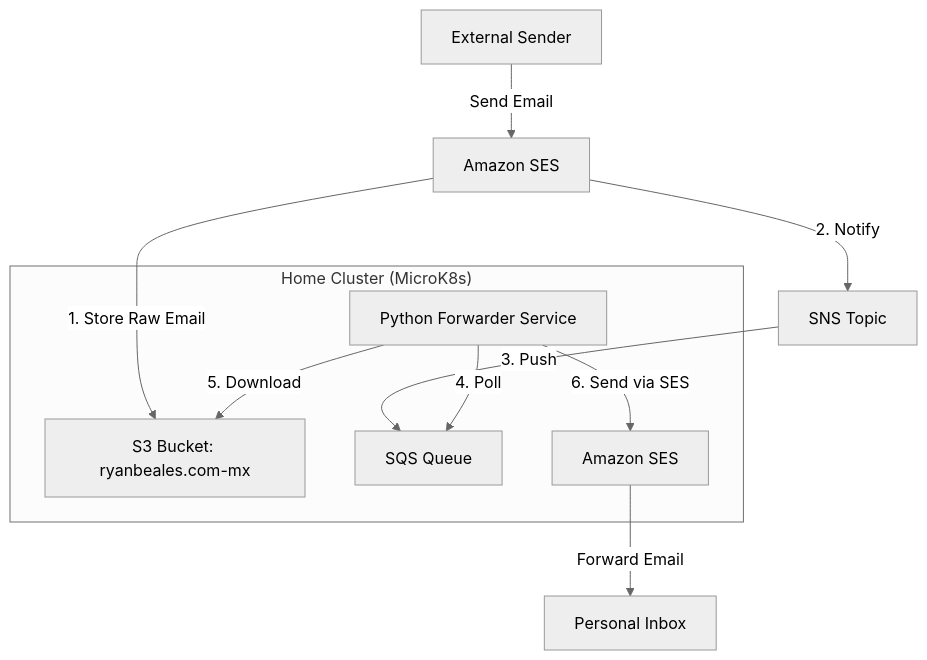
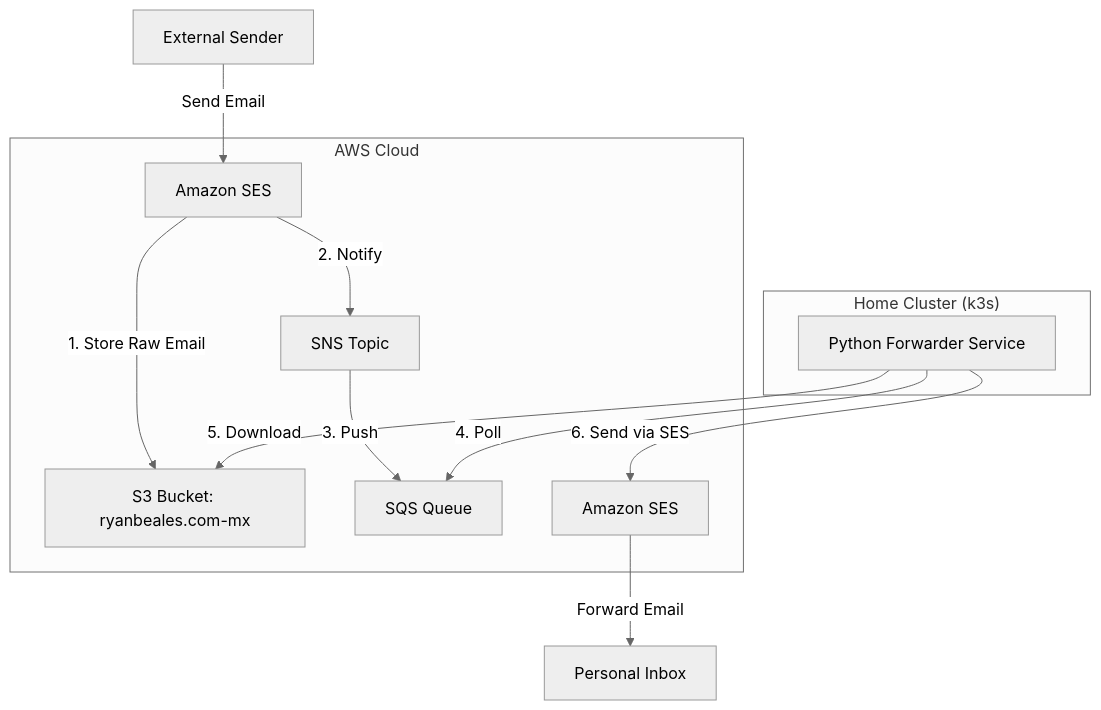
The diagram in websites/ryanbeales.com/README.md (ryanbeales/personal-k8s-config), drawn with Mermaid (neutral theme) before and after one commit. The commit also changed 1 other file, not shown here.

Commit message:
Diagram updates

````diff
--- a/websites/ryanbeales.com/README.md
+++ b/websites/ryanbeales.com/README.md
@@ -13,15 +13,28 @@
 ```mermaid
 graph TD
-    Sender[External Sender] -->|Send Email| SES[Amazon SES]
-    SES -->|1. Store Raw Email| S3[S3 Bucket: ryanbeales.com-mx]
-    SES -->|2. Notify| SNS[SNS Topic]
-    SNS -->|3. Push| SQS[SQS Queue]
-    
-    subgraph "Home Cluster (MicroK8s)"
-        Forwarder[Python Forwarder Service] -->|4. Poll| SQS
-        Forwarder -->|5. Download| S3
-        Forwarder -->|6. Send via SES| SES_Out[Amazon SES]
+    Sender[External Sender]
+
+    subgraph "AWS Cloud"
+        SES[Amazon SES]
+        S3[S3 Bucket: ryanbeales.com-mx]
+        SNS[SNS Topic]
+        SQS[SQS Queue]
+        SES_Out[Amazon SES]
     end
-    
-    SES_Out -->|Forward Email| Inbox[Personal Inbox]
+
+    subgraph "Home Cluster (k3s)"
+        Forwarder[Python Forwarder Service]
+    end
+
+    Inbox[Personal Inbox]
+
+    Sender -->|Send Email| SES
+    SES -->|1. Store Raw Email| S3
+    SES -->|2. Notify| SNS
+    SNS -->|3. Push| SQS
+
+    Forwarder -->|4. Poll| SQS
+    Forwarder -->|5. Download| S3
+    Forwarder -->|6. Send via SES| SES_Out
+    SES_Out -->|Forward Email| Inbox
 ```
````
